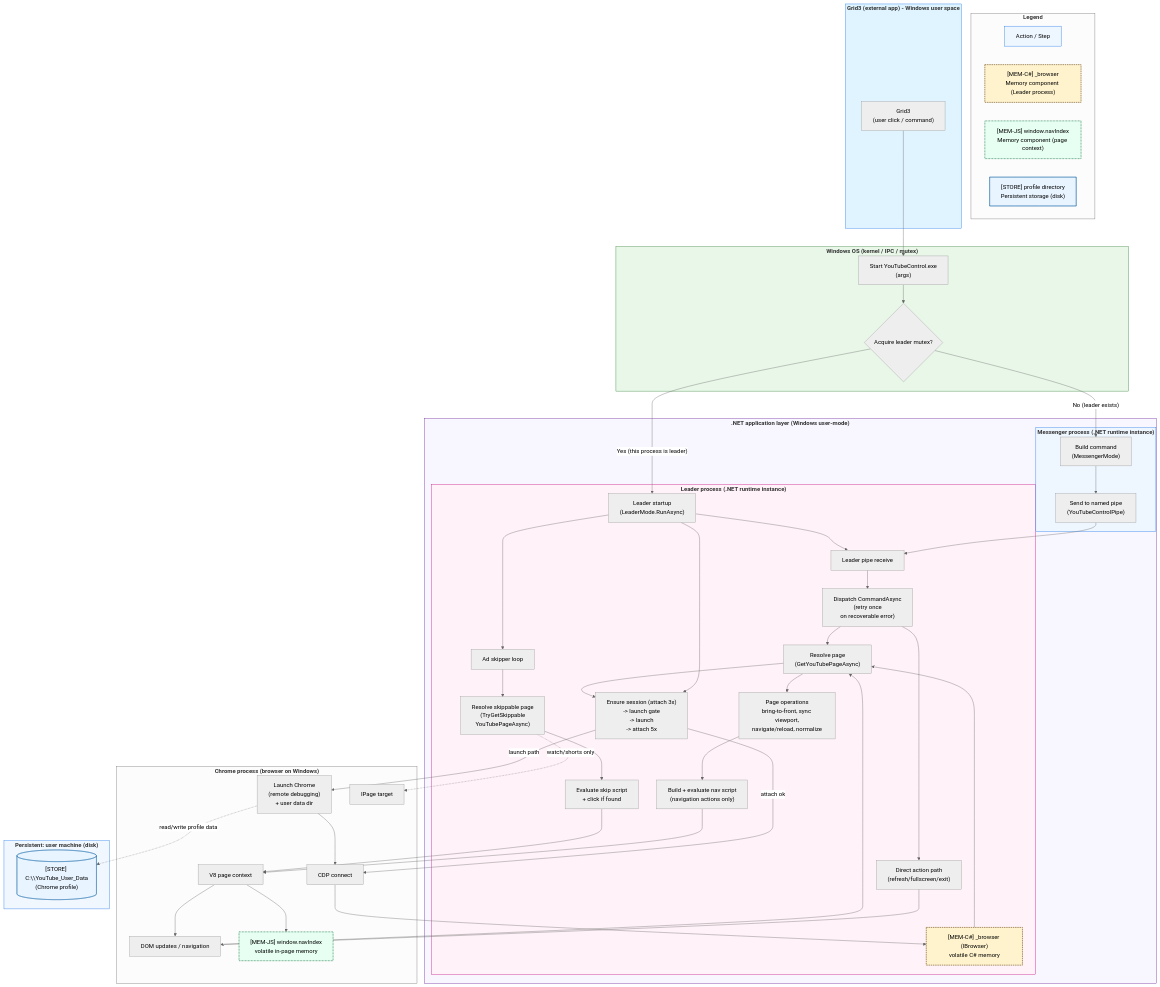
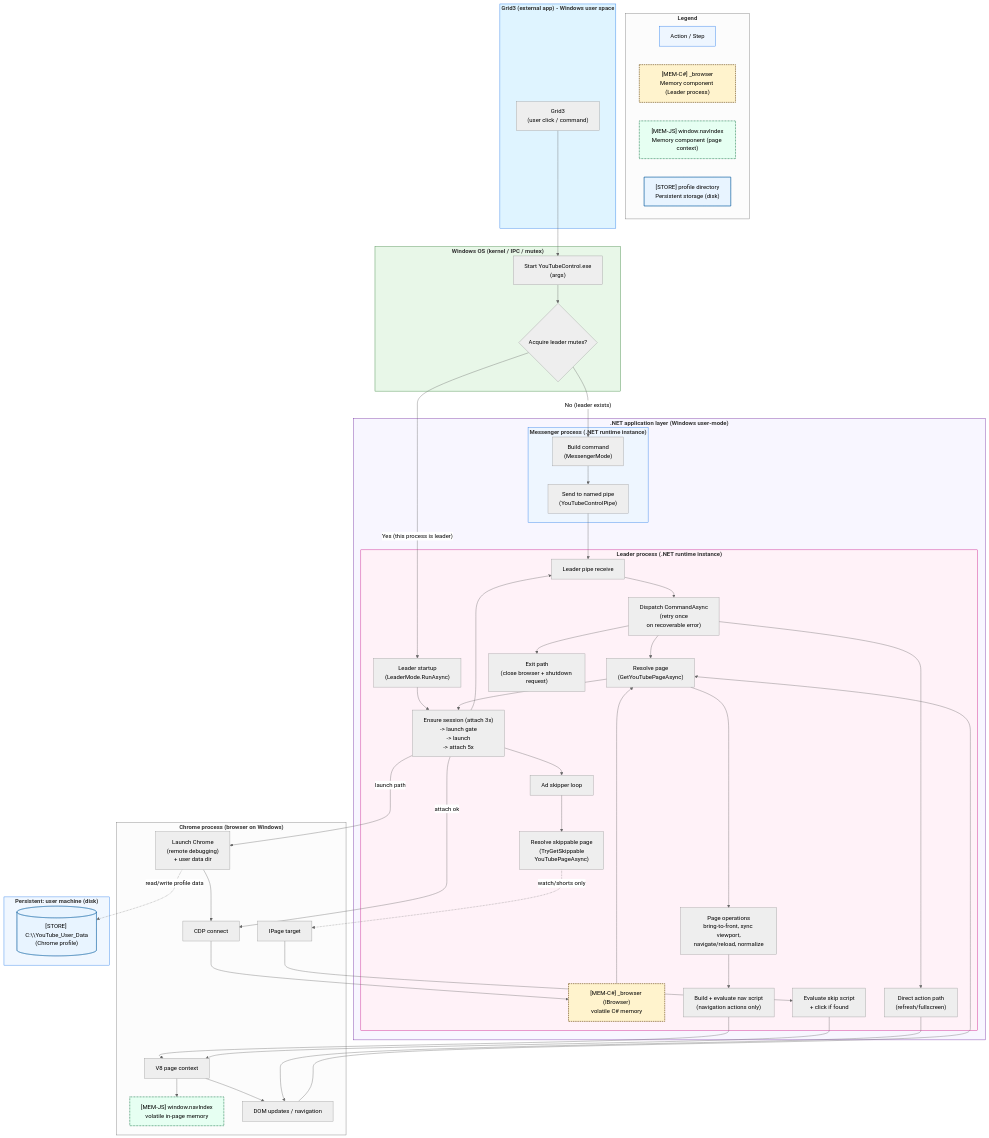
The second of 2 diagrams in src/SYSTEM_STATE.md (ReneDva/Grid3-YouTube-Accessibility-Addon), drawn with Mermaid (neutral theme) before and after one commit. The commit also changed other lines of this file, not shown here.

Commit message:
docs(SYSTEM_STATE): update flowchart for command paths and clarify exit handling

```diff
--- a/src/SYSTEM_STATE.md
+++ b/src/SYSTEM_STATE.md
@@ -207,7 +207,8 @@
       BrowserCSharp["[MEM-C#] _browser (IBrowser)\nvolatile C# memory"]
       PageOps["Page operations\nbring-to-front, sync viewport,\nnavigate/reload, normalize"]
       Inject["Build + evaluate nav script\n(navigation actions only)"]
-      DirectOps["Direct action path\n(refresh/fullscreen/exit)"]
+      DirectOps["Direct action path\n(refresh/fullscreen)"]
+      ExitPath["Exit path\n(close browser + shutdown request)"]
 
       AdLoop["Ad skipper loop"]
       AdResolve["Resolve skippable page\n(TryGetSkippable\nYouTubePageAsync)"]
@@ -220,8 +221,8 @@
     Connect["CDP connect"]
     Page["IPage target"]
     V8["V8 page context"]
+    NavIndex["[MEM-JS] window.navIndex\nvolatile in-page memory"]
     DOM["DOM updates / navigation"]
-    NavIndex["[MEM-JS] window.navIndex\nvolatile in-page memory"]
   end
 
   %% Main command flow
@@ -229,7 +230,8 @@
   Mutex -- "No (leader exists)" --> Msg --> PipeClient --> LeaderPipe
   Mutex -- "Yes (this process is leader)" --> LeaderStart
   LeaderStart --> EnsureSession
-  LeaderStart --> LeaderPipe
+  EnsureSession --> LeaderPipe
+  EnsureSession --> AdLoop
 
   LeaderPipe --> Dispatch --> ResolvePage --> EnsureSession
   EnsureSession -->|attach ok| Connect
@@ -238,13 +240,14 @@
   ResolvePage --> PageOps
   PageOps --> Inject --> V8 --> DOM
   Dispatch --> DirectOps --> DOM
+  Dispatch --> ExitPath
   V8 --> NavIndex
   DOM --> ResolvePage
 
   %% Ad skipper (separate page-resolution path)
-  LeaderStart --> AdLoop
-  AdLoop --> AdResolve --> AdInject --> V8
+  AdLoop --> AdResolve
   AdResolve -. "watch/shorts only" .-> Page
+  Page --> AdInject --> V8
 
   %% Storage / persistence
   subgraph PersistentStorage["<b>Persistent: user machine (disk)</b>"]
```
